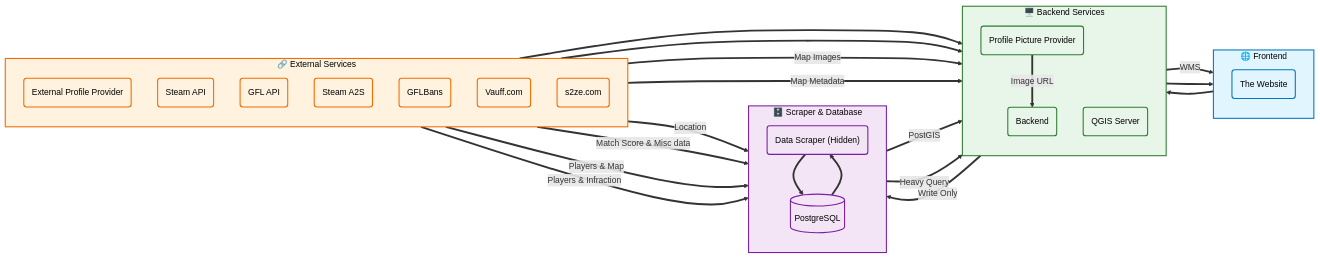
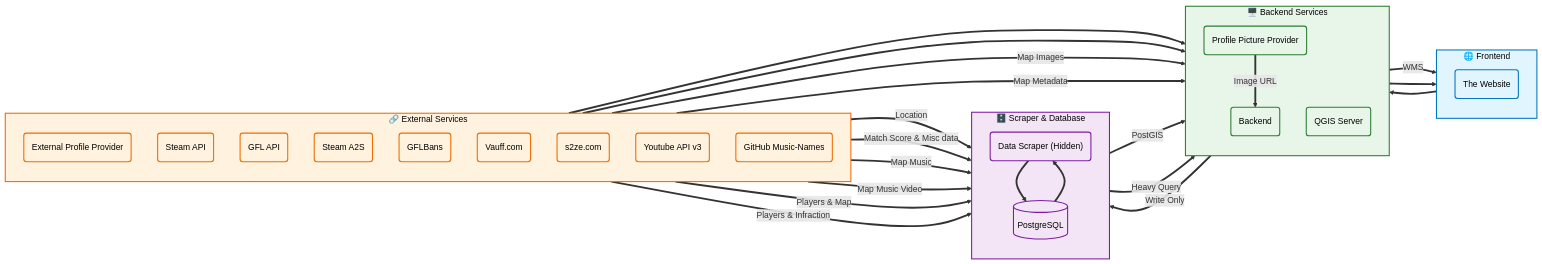
The diagram in README.md (InterStella0/gfl-ze-watcher), drawn with Mermaid before and after one commit. The commit also changed other lines of this file and 1 other file, not shown here.

````diff
--- a/README.md
+++ b/README.md
@@ -19,65 +18,69 @@
 ```mermaid
 flowchart LR
   %% Frontend
   subgraph FE["🌐 Frontend"]
     direction TB
     Website("The Website")
   end
   %% Backend & GIS
   subgraph BE["🖥️ Backend Services"]
     direction TB
     Backend("Backend")
     QGIS("QGIS Server")
     ProfileProvider("Profile Picture Provider")
   end
   %% Scraper & Database
   subgraph DSDB["🗄️ Scraper & Database"]
     direction TB
     DataScraper("Data Scraper (Hidden)")
     Database[("PostgreSQL")]
   end
   %% External services
   subgraph EX["🔗 External Services"]
     direction TB
     ExternalProfileProvider("External Profile Provider")
     SteamAPI("Steam API")
     GFLAPI("GFL API")
     SteamA2s("Steam A2S")
     GFLBans("GFLBans")
     Vauff("Vauff.com")
     S2ZE("s2ze.com")
+    YouTube("Youtube API v3")
+    MusicNames("GitHub Music-Names")
   end
   %% Connections with higher contrast arrows
   Website        ==> Backend
   QGIS           == WMS ==> Website
   Database       == PostGIS ==> QGIS
   Backend        ==>|Write Only| Database
   Database       ==>|Heavy Query| Backend
   Backend        ==> Website
   DataScraper    ==> Database
   Database       ==> DataScraper
   ProfileProvider ==>|Image URL| Backend
   SteamAPI       ==> ProfileProvider
   ExternalProfileProvider ==> ProfileProvider
   SteamAPI       ==>|Location| DataScraper
   GFLAPI       ==>|Match Score & Misc data| DataScraper
+  MusicNames      ==>|Map Music| DataScraper
+  YouTube      ==>|Map Music Video| DataScraper
   SteamA2s  ==>|Players & Map| DataScraper
   GFLBans        ==>|Players & Infraction| DataScraper
   Vauff          ==>|Map Images| Backend
   S2ZE      ==>|Map Metadata| Backend
   %% GitHub-friendly styles with high contrast and rounded borders
   classDef fe fill:#e1f5fe,stroke:#0277bd,stroke-width:2px,color:#000000
   classDef be fill:#e8f5e9,stroke:#2e7d32,stroke-width:2px,color:#000000
   classDef db fill:#f3e5f5,stroke:#7b1fa2,stroke-width:2px,color:#000000
   classDef ex fill:#fff3e0,stroke:#ef6c00,stroke-width:2px,color:#000000
   %% Apply styling to nodes
   class Website fe
   class Backend,QGIS,ProfileProvider be
   class DataScraper,Database db
-  class ExternalProfileProvider,SteamAPI,SteamA2s,GFLBans,Vauff,S2ZE,GFLAPI ex
+  class ExternalProfileProvider,MusicNames,YouTube,SteamAPI,SteamA2s,GFLBans,Vauff,S2ZE,GFLAPI ex
   %% Style subgraphs with rounded corners
   style FE fill:#e1f5fe,stroke:#0277bd,stroke-width:2px,color:#000000
   style BE fill:#e8f5e9,stroke:#2e7d32,stroke-width:2px,color:#000000
   style DSDB fill:#f3e5f5,stroke:#7b1fa2,stroke-width:2px,color:#000000
   style EX fill:#fff3e0,stroke:#ef6c00,stroke-width:2px,color:#000000
 ```
````
